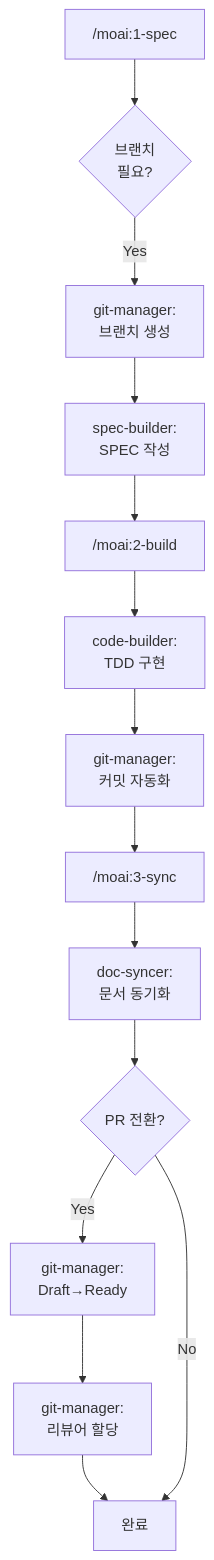
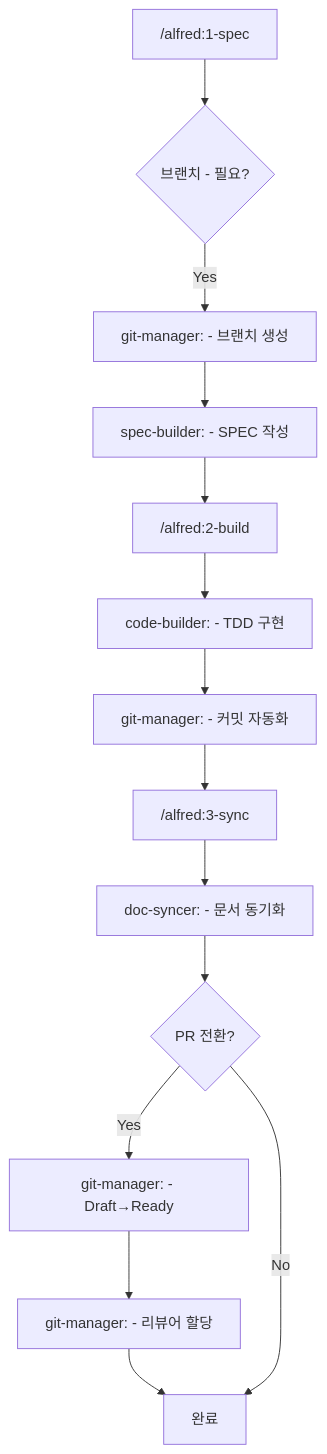
One commit to modu-ai/moai-adk changed the first of 6 diagrams in docs/claude/agents/git-manager.md. Above: the diagram before and after it, drawn with Mermaid. The commit also changed other lines of this file and 447 other files, not shown here.

````diff
--- a/docs/claude/agents/git-manager.md
+++ b/docs/claude/agents/git-manager.md
@@ -22,21 +22,21 @@
 ```mermaid
 graph TD
-    A["/moai:1-spec"] --> B{"브랜치<br/>필요?"}
-    B -->|Yes| C["git-manager:<br/>브랜치 생성"]
-    C --> D["spec-builder:<br/>SPEC 작성"]
+    A["/alfred:1-spec"] --> B{"브랜치 - 필요?"}
+    B -->|Yes| C["git-manager: - 브랜치 생성"]
+    C --> D["spec-builder: - SPEC 작성"]
 
-    D --> E["/moai:2-build"]
-    E --> F["code-builder:<br/>TDD 구현"]
-    F --> G["git-manager:<br/>커밋 자동화"]
+    D --> E["/alfred:2-build"]
+    E --> F["code-builder: - TDD 구현"]
+    F --> G["git-manager: - 커밋 자동화"]
 
-    G --> H["/moai:3-sync"]
-    H --> I["doc-syncer:<br/>문서 동기화"]
+    G --> H["/alfred:3-sync"]
+    H --> I["doc-syncer: - 문서 동기화"]
     I --> J{"PR 전환?"}
 
-    J -->|Yes| K["git-manager:<br/>Draft→Ready"]
-    K --> L["git-manager:<br/>리뷰어 할당"]
+    J -->|Yes| K["git-manager: - Draft→Ready"]
+    K --> L["git-manager: - 리뷰어 할당"]
     L --> M["완료"]
 
     J -->|No| M
 
 ```
````
